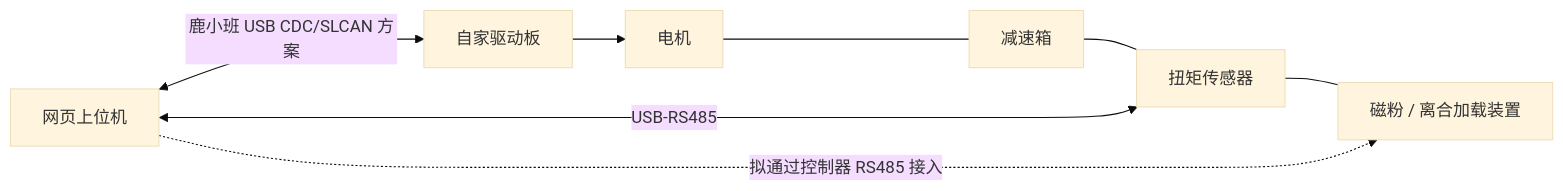
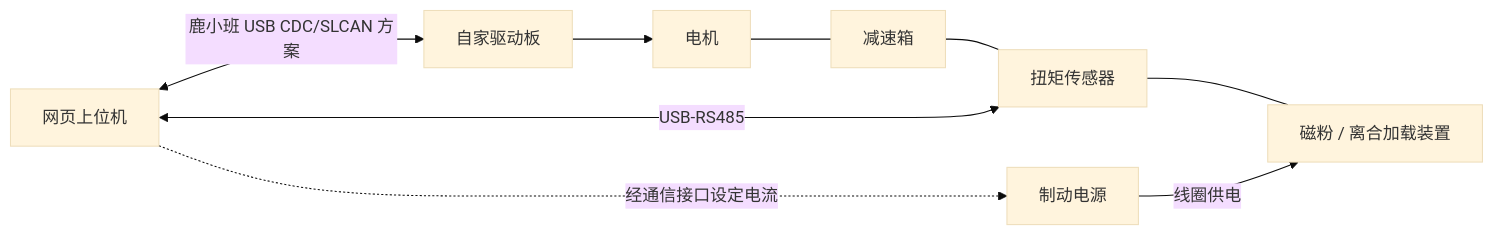
The first of 2 diagrams in docs/test-bench.md (Inntorque/motor-test-bench), drawn with Mermaid (base theme) before and after one commit. The commit also changed other lines of this file and 2 other files, not shown here.

````diff
--- a/docs/test-bench.md
+++ b/docs/test-bench.md
@@ -20,10 +21,11 @@
 ```mermaid
 flowchart LR
     D[自家驱动板] --> M[电机]
     M --- G[减速箱]
     G --- T[扭矩传感器]
     T --- L[磁粉 / 离合加载装置]
     W[网页上位机] <-->|鹿小班 USB CDC/SLCAN 方案| D
     W <-->|USB-RS485| T
-    W -.->|拟通过控制器 RS485 接入| L
+    W -.->|经通信接口设定电流| P[制动电源]
+    P -->|线圈供电| L
 ```
````
